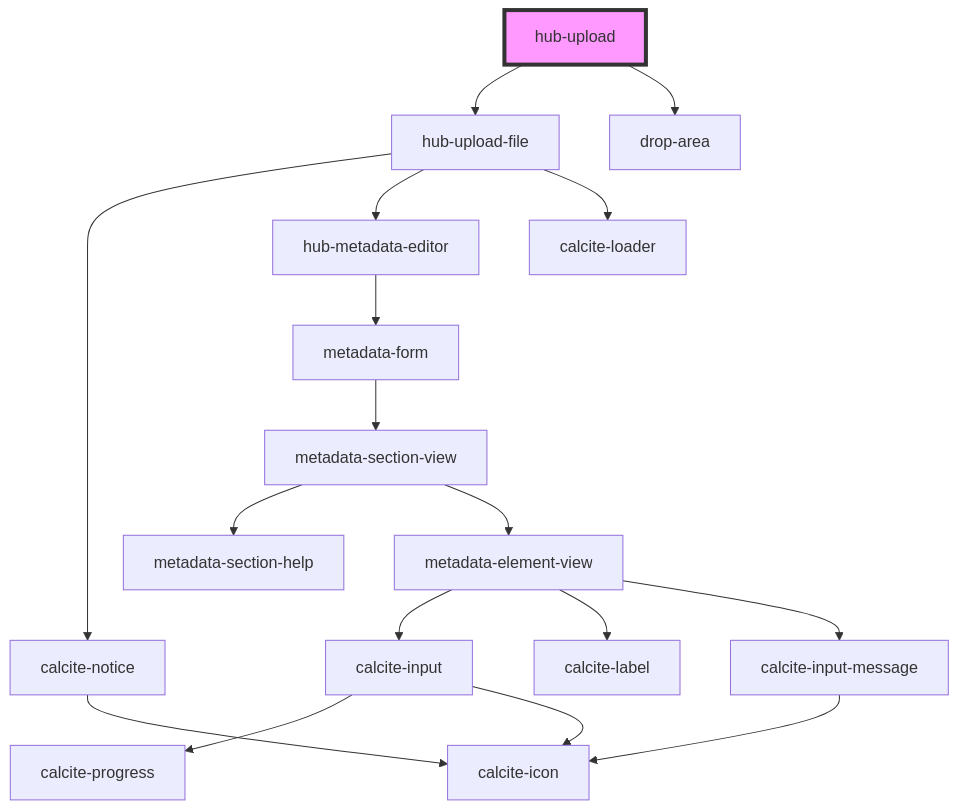
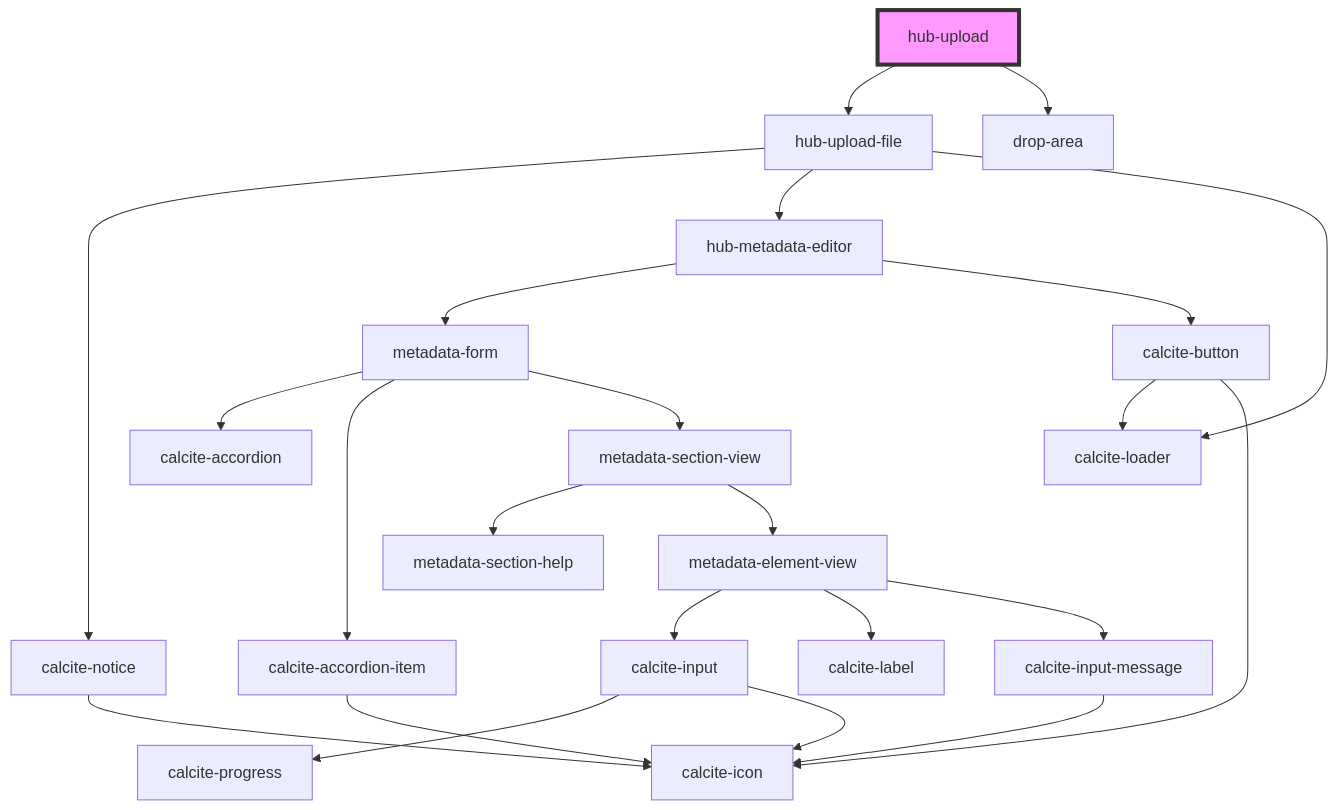
One commit to esridc/hub-components-experiments changed the diagram in src/components/blocks/hub-upload/readme.md. Above: the diagram before and after it, drawn with Mermaid. The commit also changed 15 other files, not shown here.

Commit message:
Updated content metadata editor

````diff
--- a/src/components/blocks/hub-upload/readme.md
+++ b/src/components/blocks/hub-upload/readme.md
@@ -54,20 +54,26 @@
 ```mermaid
 graph TD;
   hub-upload --> hub-upload-file
   hub-upload --> drop-area
   hub-upload-file --> calcite-notice
   hub-upload-file --> hub-metadata-editor
   hub-upload-file --> calcite-loader
   calcite-notice --> calcite-icon
   hub-metadata-editor --> metadata-form
+  hub-metadata-editor --> calcite-button
+  metadata-form --> calcite-accordion
+  metadata-form --> calcite-accordion-item
   metadata-form --> metadata-section-view
+  calcite-accordion-item --> calcite-icon
   metadata-section-view --> metadata-section-help
   metadata-section-view --> metadata-element-view
   metadata-element-view --> calcite-input
   metadata-element-view --> calcite-label
   metadata-element-view --> calcite-input-message
   calcite-input --> calcite-progress
   calcite-input --> calcite-icon
   calcite-input-message --> calcite-icon
+  calcite-button --> calcite-loader
+  calcite-button --> calcite-icon
   style hub-upload fill:#f9f,stroke:#333,stroke-width:4px
 ```
````
